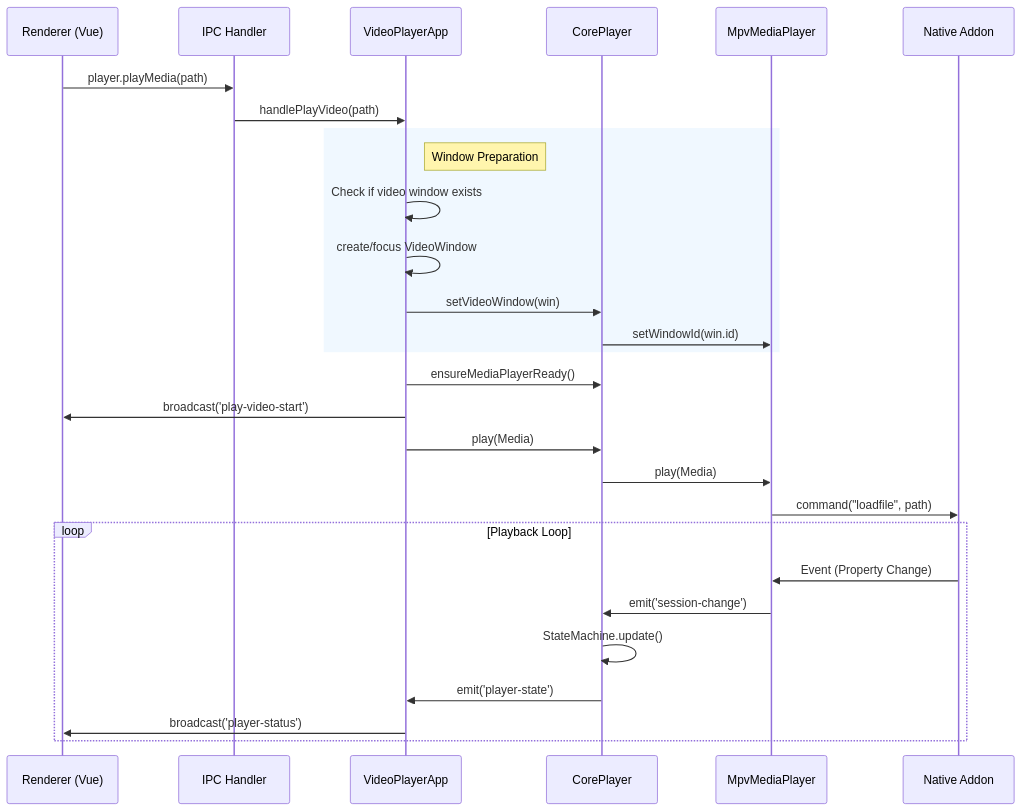
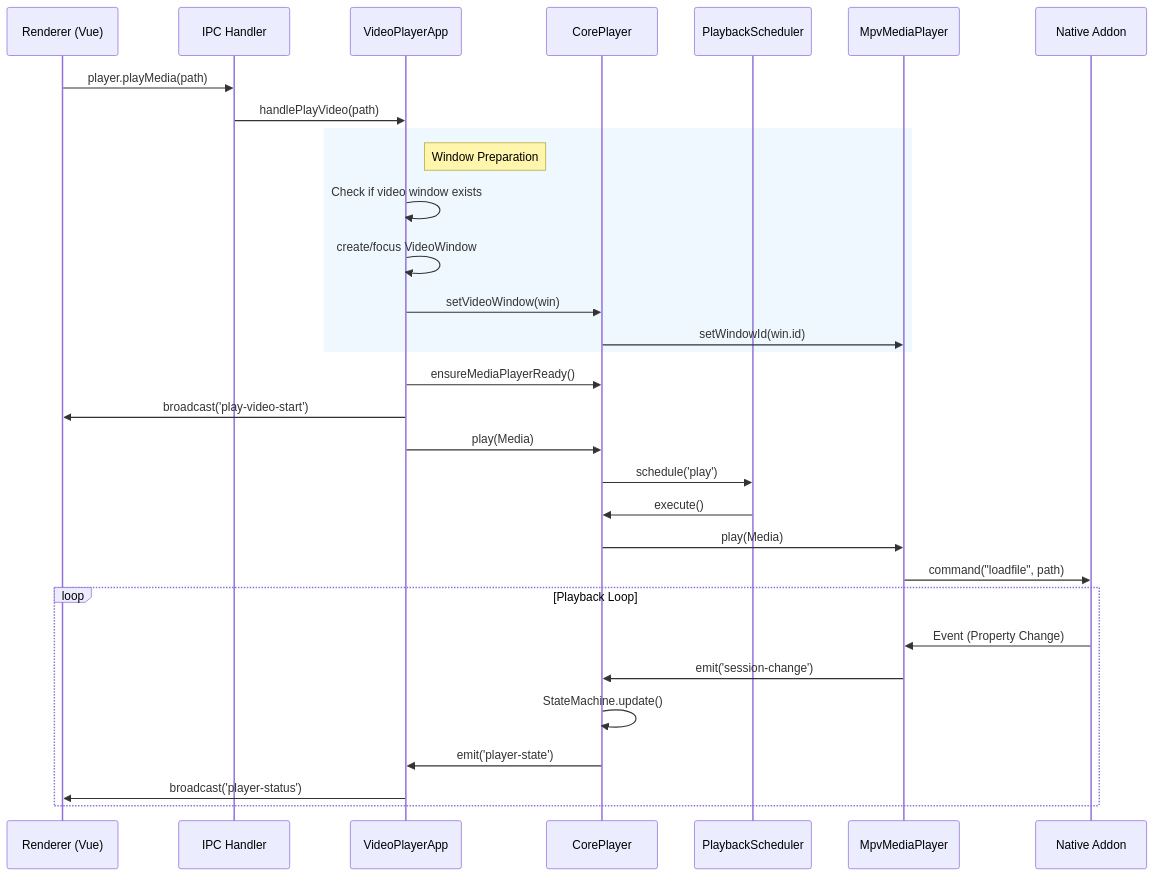
The fourth of 8 diagrams in docs/architecture/ARCHITECTURE.md (Lucas-lgm/lumiere), drawn with Mermaid before and after one commit.

Commit message:
docs(architecture): 更新架构文档中的播放序列图
在播放序列图中添加 PlaybackScheduler 组件，以更准确地反映播放流程中任务调度的环节。

````diff
--- a/docs/architecture/ARCHITECTURE.md
+++ b/docs/architecture/ARCHITECTURE.md
@@ -199,36 +199,39 @@
 ```mermaid
 sequenceDiagram
     participant UI as Renderer (Vue)
     participant IPC as IPC Handler
     participant App as VideoPlayerApp
     participant Core as CorePlayer
+    participant Sched as PlaybackScheduler
     participant MPV as MpvMediaPlayer
     participant Native as Native Addon
 
     UI->>IPC: player.playMedia(path)
     IPC->>App: handlePlayVideo(path)
     
     rect rgb(240, 248, 255)
     note right of App: Window Preparation
     App->>App: Check if video window exists
     App->>App: create/focus VideoWindow
     App->>Core: setVideoWindow(win)
     Core->>MPV: setWindowId(win.id)
     end
     
     App->>Core: ensureMediaPlayerReady()
     
     App->>UI: broadcast('play-video-start')
     
     App->>Core: play(Media)
+    Core->>Sched: schedule('play')
+    Sched->>Core: execute()
     Core->>MPV: play(Media)
     MPV->>Native: command("loadfile", path)
     
     loop Playback Loop
         Native->>MPV: Event (Property Change)
         MPV->>Core: emit('session-change')
         Core->>Core: StateMachine.update()
         Core->>App: emit('player-state')
         App->>UI: broadcast('player-status')
     end
 ```
````
